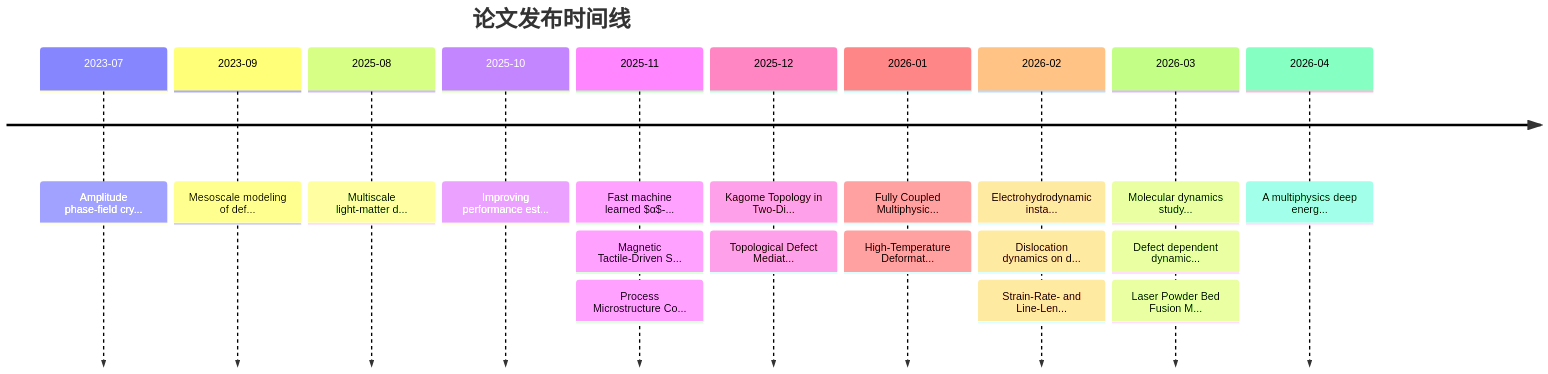
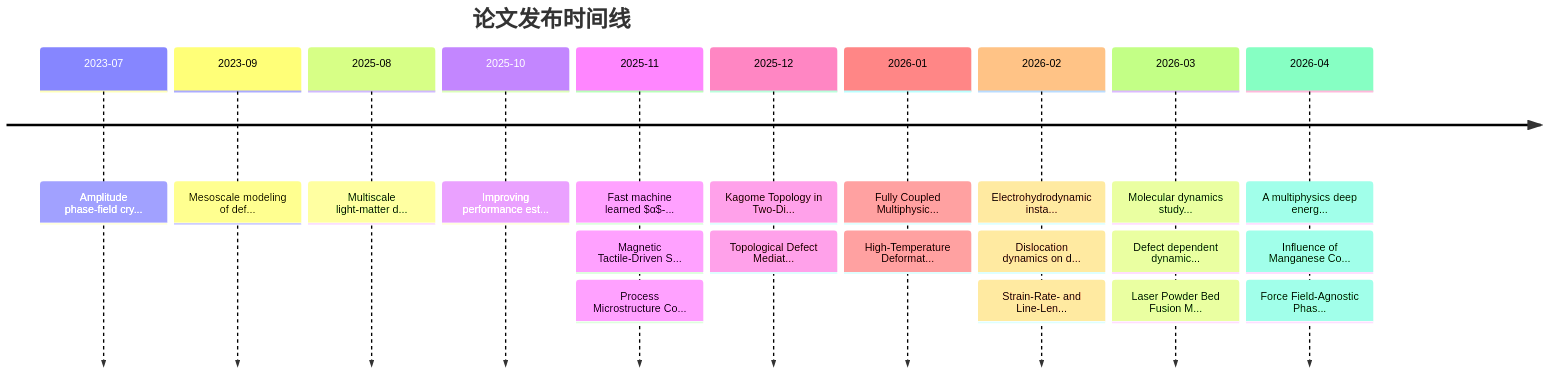
Before and after one commit to Shirakawa11111/BJK_readpaper: the second of 2 diagrams in reports/knowledge_graph.md, drawn with Mermaid. The commit also changed other lines of this file and 10 other files, not shown here.

````diff
--- a/reports/knowledge_graph.md
+++ b/reports/knowledge_graph.md
@@ -107,14 +111,14 @@
 ```mermaid
 timeline
     title 论文发布时间线
     2023-07 : Amplitude phase-field cry...
     2023-09 : Mesoscale modeling of def...
     2025-08 : Multiscale light-matter d...
     2025-10 : Improving performance est...
     2025-11 : Fast machine learned $α$-... : Magnetic Tactile-Driven S... : Process Microstructure Co...
     2025-12 : Kagome Topology in Two-Di... : Topological Defect Mediat...
     2026-01 : Fully Coupled Multiphysic... : High-Temperature Deformat...
     2026-02 : Electrohydrodynamic insta... : Dislocation dynamics on d... : Strain-Rate- and Line-Len...
     2026-03 : Molecular dynamics study... : Defect dependent dynamic... : Laser Powder Bed Fusion M...
-    2026-04 : A multiphysics deep energ...
+    2026-04 : A multiphysics deep energ... : Influence of Manganese Co... : Force Field-Agnostic Phas...
 ```
````
